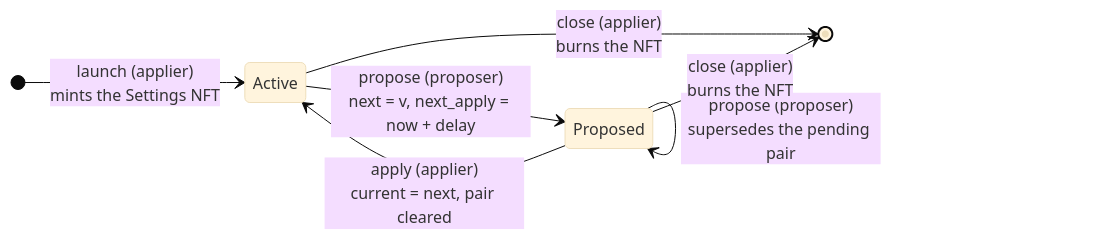
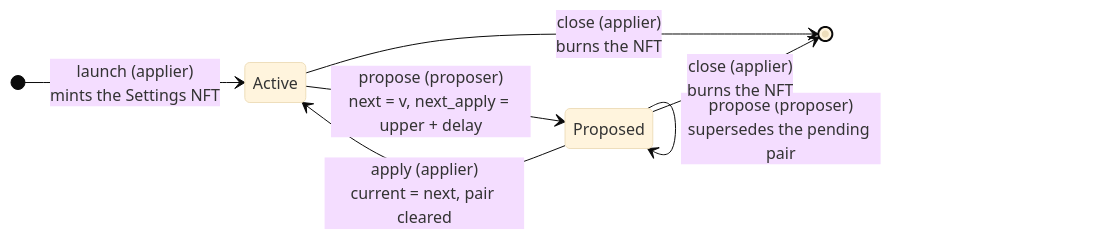
Before and after one commit to input-output-hk/contracts-library: the diagram in docs/settings/usage.md, drawn with Mermaid (base theme). The commit also changed other lines of this file and 19 other files, not shown here.

First line of the commit message:
fix(settings): anchor the propose timelock on the validity upper bound

````diff
--- a/docs/settings/usage.md
+++ b/docs/settings/usage.md
@@ -39,10 +39,10 @@
 ```mermaid
 stateDiagram-v2
     direction LR
     [*] --> Active: launch (applier)<br/>mints the Settings NFT
-    Active --> Proposed: propose (proposer)<br/>next = v, next_apply = now + delay
+    Active --> Proposed: propose (proposer)<br/>next = v, next_apply = upper + delay
     Proposed --> Proposed: propose (proposer)<br/>supersedes the pending pair
     Proposed --> Active: apply (applier)<br/>current = next, pair cleared
     Active --> [*]: close (applier)<br/>burns the NFT
     Proposed --> [*]: close (applier)<br/>burns the NFT
 ```
````
